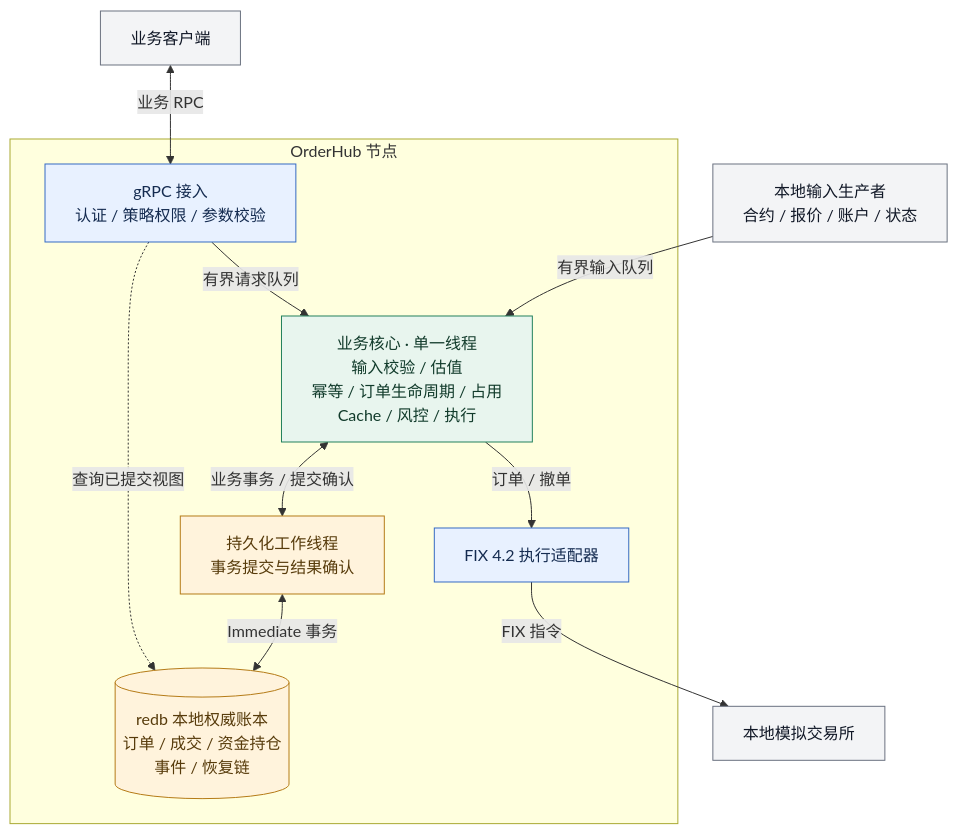
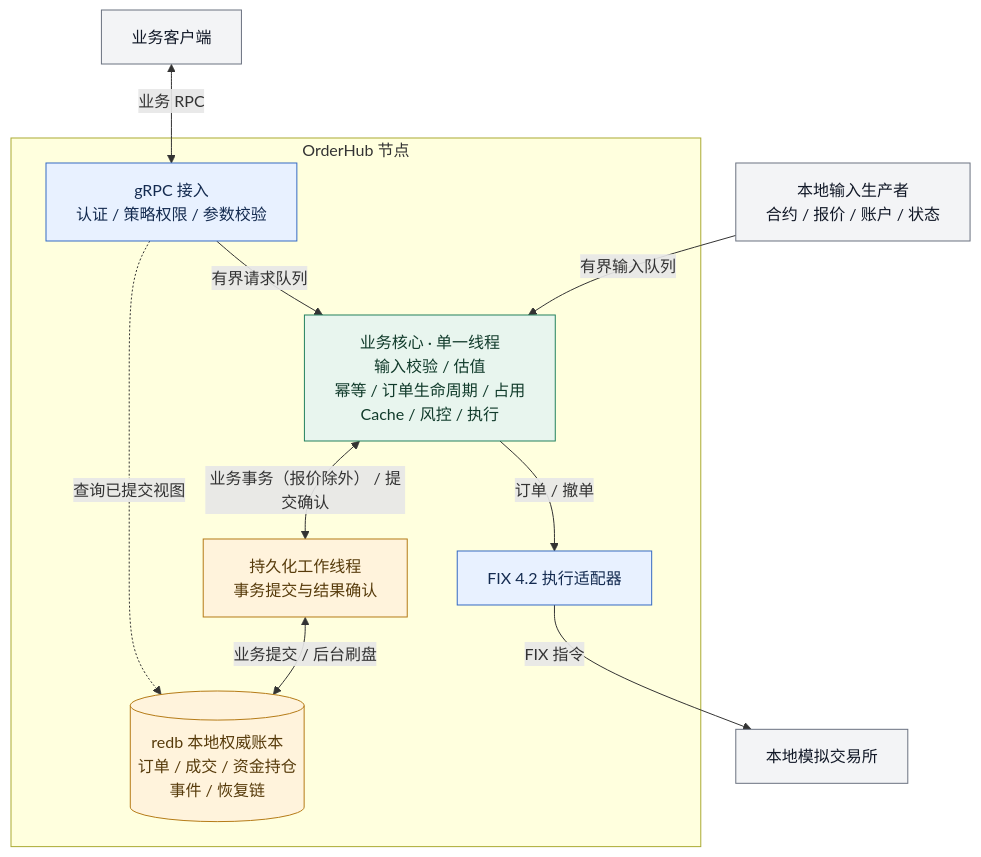
Before and after one commit to kmind-git/OrderHub: the first of 3 diagrams in README.md, drawn with Mermaid. The commit also changed other lines of this file and 27 other files, not shown here.

````diff
--- a/README.md
+++ b/README.md
@@ -61,32 +63,32 @@
 ```mermaid
 flowchart TB
     Client["业务客户端"]
     Source["本地输入生产者<br/>合约 / 报价 / 账户 / 状态"]
     Venue["本地模拟交易所"]
 
     subgraph Node["OrderHub 节点"]
         API["gRPC 接入<br/>认证 / 策略权限 / 参数校验"]
         Core["业务核心 · 单一线程<br/>输入校验 / 估值<br/>幂等 / 订单生命周期 / 占用<br/>Cache / 风控 / 执行"]
         Writer["持久化工作线程<br/>事务提交与结果确认"]
         DB[("redb 本地权威账本<br/>订单 / 成交 / 资金持仓<br/>事件 / 恢复链")]
         FIX["FIX 4.2 执行适配器"]
     end
 
     Client <-->|"业务 RPC"| API
     Source -->|"有界输入队列"| Core
     API -->|"有界请求队列"| Core
-    Core <-->|"业务事务 / 提交确认"| Writer
-    Writer <-->|"Immediate 事务"| DB
+    Core <-->|"业务事务（报价除外） / 提交确认"| Writer
+    Writer <-->|"业务提交 / 后台刷盘"| DB
     API -.->|"查询已提交视图"| DB
     Core -->|"订单 / 撤单"| FIX
     FIX -->|"FIX 指令"| Venue
 
     classDef external fill:#f3f4f6,stroke:#6b7280,color:#111827
     classDef entry fill:#e8f1ff,stroke:#356ac3,color:#142b50
     classDef business fill:#e8f5ee,stroke:#23815d,color:#113b2b
     classDef storage fill:#fff3dc,stroke:#b57b17,color:#573b0b
     class Client,Source,Venue external
     class API,FIX entry
     class Core business
     class Writer,DB storage
 ```
````
